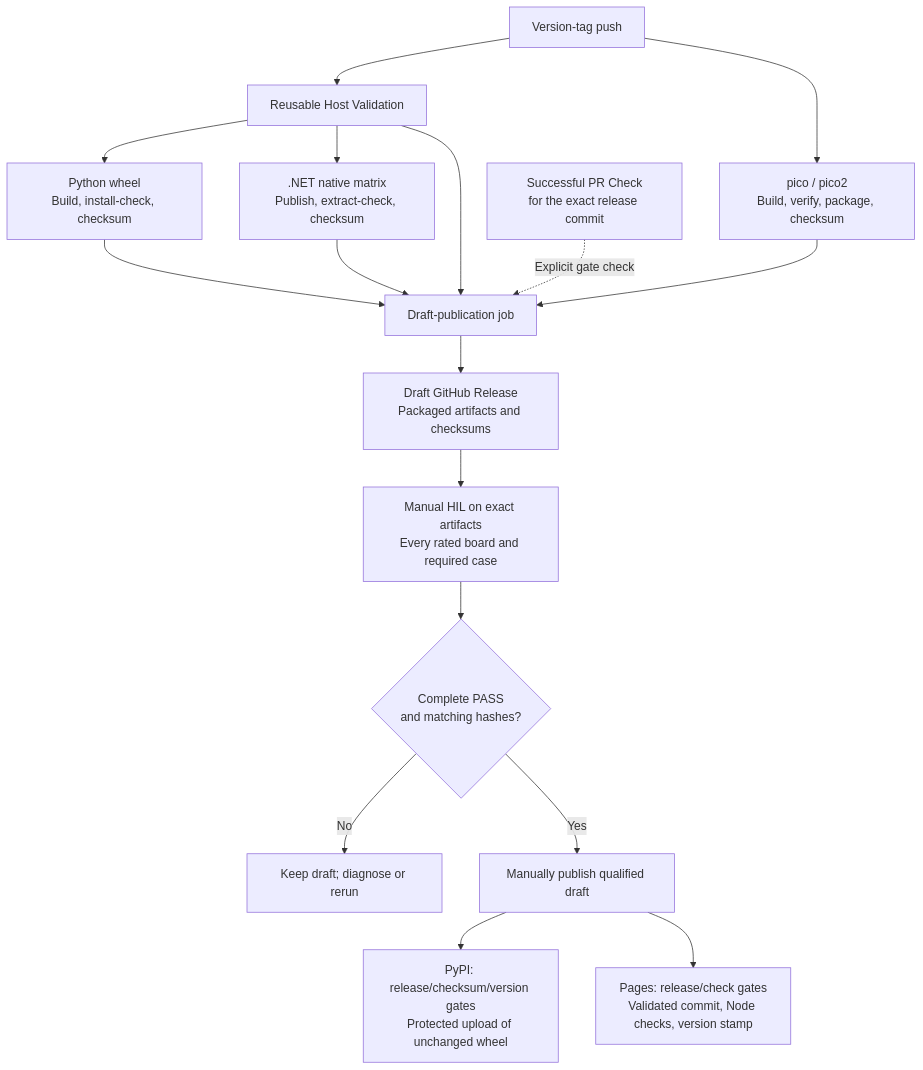
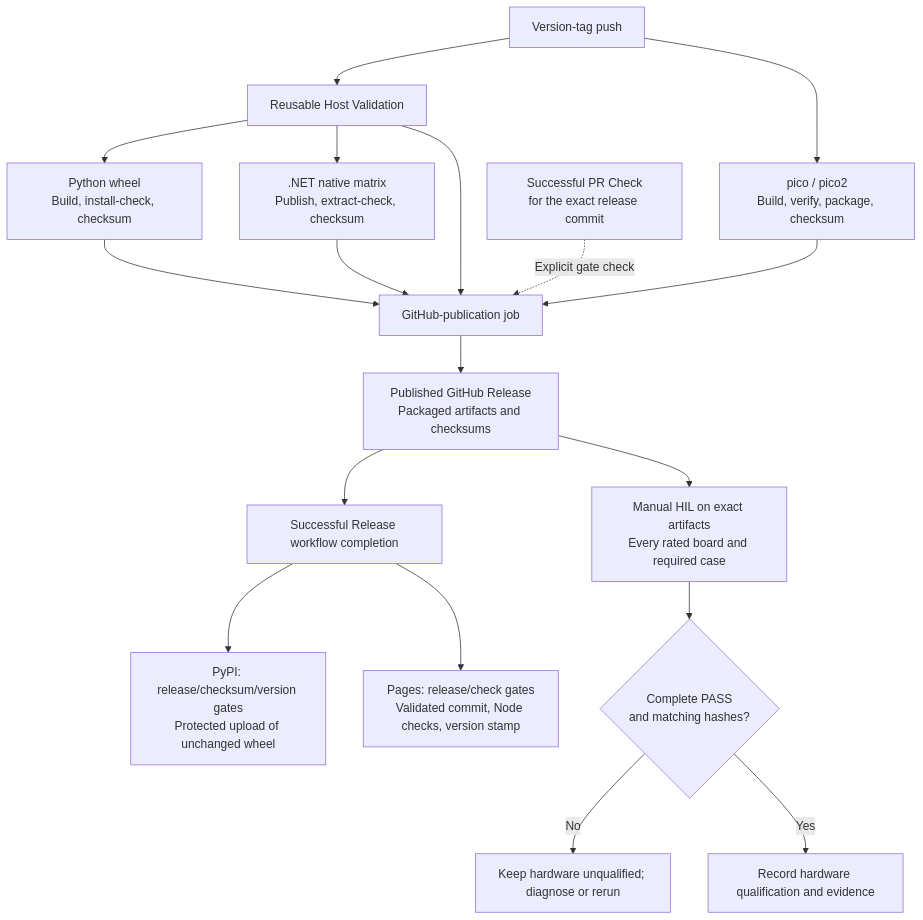
The third of 3 diagrams in docs/development/github-actions.md (djwinter29-oss/PicoUart), drawn with Mermaid before and after one commit. The commit also changed other lines of this file and 15 other files, not shown here.

````diff
--- a/docs/development/github-actions.md
+++ b/docs/development/github-actions.md
@@ -72,19 +72,20 @@
 ```mermaid
 flowchart TD
   Tag["Version-tag push"] --> Host["Reusable Host Validation"]
   Tag --> Firmware["pico / pico2<br/>Build, verify, package, checksum"]
   Host --> Python["Python wheel<br/>Build, install-check, checksum"]
   Host --> Dotnet[".NET native matrix<br/>Publish, extract-check, checksum"]
-  Host --> Gate["Draft-publication job"]
+  Host --> Gate["GitHub-publication job"]
   Firmware --> Gate
   Python --> Gate
   Dotnet --> Gate
   PR["Successful PR Check<br/>for the exact release commit"] -.->|"Explicit gate check"| Gate
-  Gate --> Draft["Draft GitHub Release<br/>Packaged artifacts and checksums"]
-  Draft --> HIL["Manual HIL on exact artifacts<br/>Every rated board and required case"]
+  Gate --> Release["Published GitHub Release<br/>Packaged artifacts and checksums"]
+  Release --> Complete["Successful Release workflow completion"]
+  Complete --> PyPI["PyPI: release/checksum/version gates<br/>Protected upload of unchanged wheel"]
+  Complete --> Pages["Pages: release/check gates<br/>Validated commit, Node checks, version stamp"]
+  Release --> HIL["Manual HIL on exact artifacts<br/>Every rated board and required case"]
   HIL --> Qualified{"Complete PASS<br/>and matching hashes?"}
-  Qualified -->|"No"| Hold["Keep draft; diagnose or rerun"]
-  Qualified -->|"Yes"| Promote["Manually publish qualified draft"]
-  Promote --> PyPI["PyPI: release/checksum/version gates<br/>Protected upload of unchanged wheel"]
-  Promote --> Pages["Pages: release/check gates<br/>Validated commit, Node checks, version stamp"]
+  Qualified -->|"No"| Hold["Keep hardware unqualified; diagnose or rerun"]
+  Qualified -->|"Yes"| Record["Record hardware qualification and evidence"]
 ```
````
